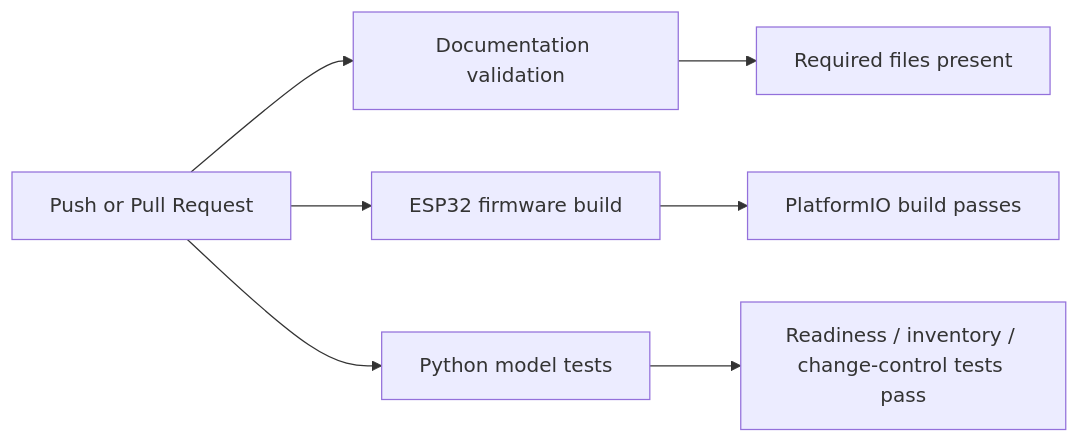
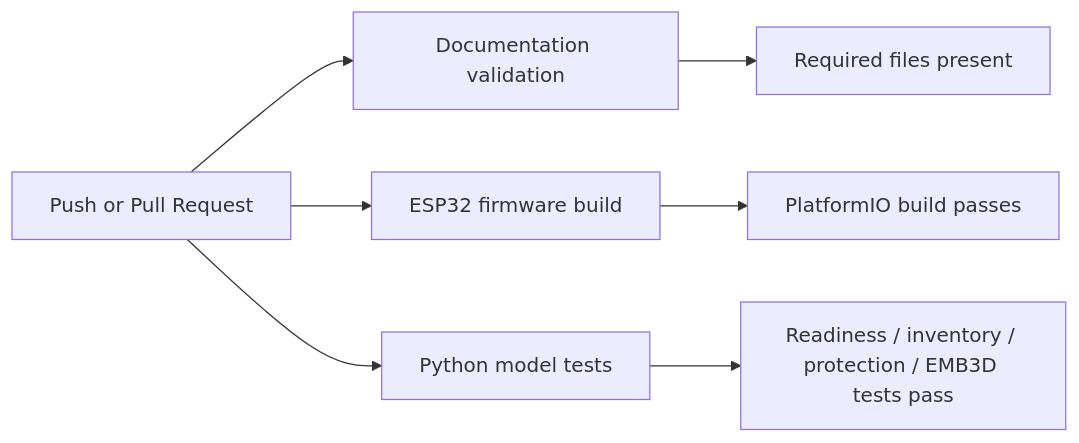
Before and after one commit to Jonnenpijonne/esp32-iot-security-governance-lab: the fifth of 5 diagrams in README.md, drawn with Mermaid. The commit also changed other lines of this file, not shown here.

````diff
--- a/README.md
+++ b/README.md
@@ -241,10 +286,10 @@
 ```mermaid
 flowchart LR
     A[Push or Pull Request] --> B[Documentation validation]
     A --> C[ESP32 firmware build]
     A --> D[Python model tests]
 
     B --> E[Required files present]
     C --> F[PlatformIO build passes]
-    D --> G[Readiness / inventory / change-control tests pass]
+    D --> G[Readiness / inventory / protection / EMB3D tests pass]
 ```
````
